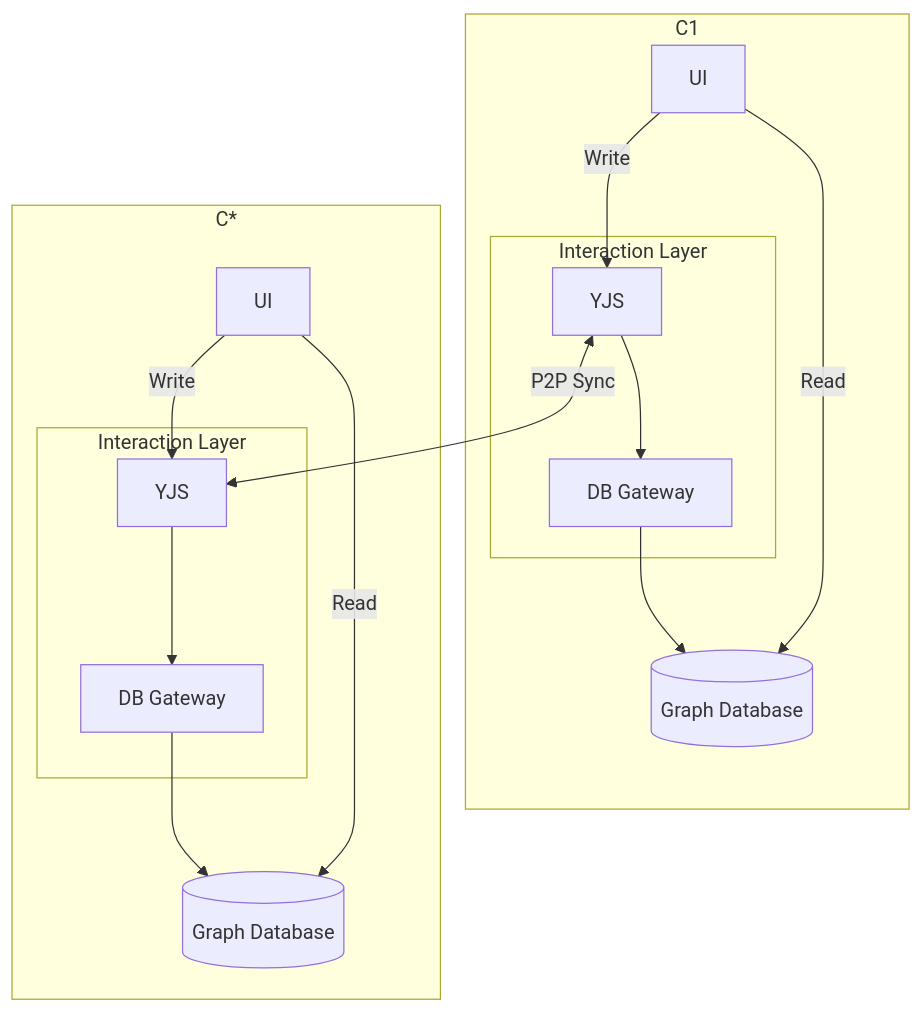
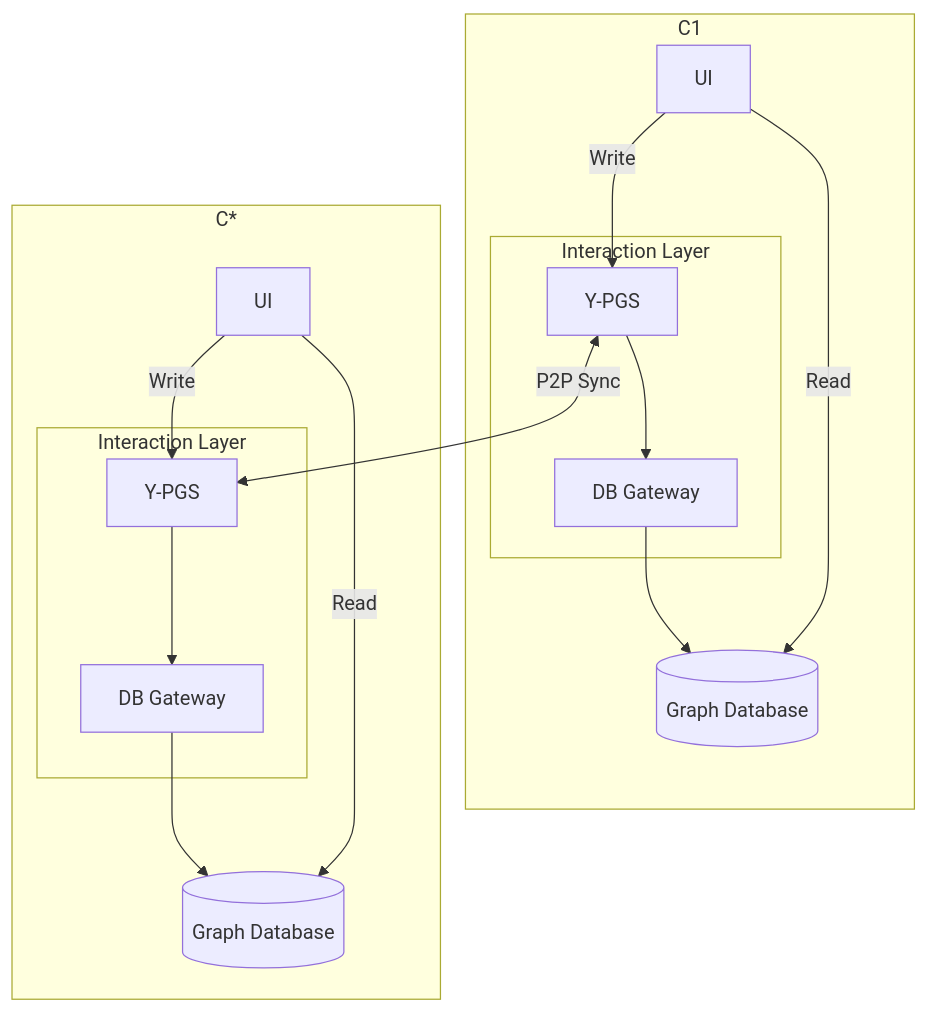
One commit to MichaLandgram/Property_Graph_CRDT changed the seventh of 8 diagrams in MasterReactApp_ts/Thoughts/Architecture/Architecture_Decisions.md. Above: the diagram before and after it, drawn with Mermaid. The commit also changed other lines of this file, not shown here.

````diff
--- a/MasterReactApp_ts/Thoughts/Architecture/Architecture_Decisions.md
+++ b/MasterReactApp_ts/Thoughts/Architecture/Architecture_Decisions.md
@@ -151,20 +151,20 @@
 ```mermaid
 graph TD
     subgraph C1
-        UI1[UI] -->|Write| YA[YJS] 
+        UI1[UI] -->|Write| YA[Y-PGS] 
         subgraph Interaction Layer1[Interaction Layer]
-            YA[YJS] --> GA[DB Gateway]
+            YA[Y-PGS] --> GA[DB Gateway]
         end
         GA --> DBA[(Graph Database)]
     end
     subgraph C*
-        UI2[UI] -->|Write| YB[YJS]
+        UI2[UI] -->|Write| YB[Y-PGS]
         subgraph Interaction Layer2[Interaction Layer]
-            YB[YJS] --> GB[DB Gateway]
+            YB[Y-PGS] --> GB[DB Gateway]
         end
         GB --> DBB[(Graph Database)]
     end
         UI1 -->|Read| DBA
         UI2 -->|Read| DBB 
     YA <-->|P2P Sync| YB
 ```
````
